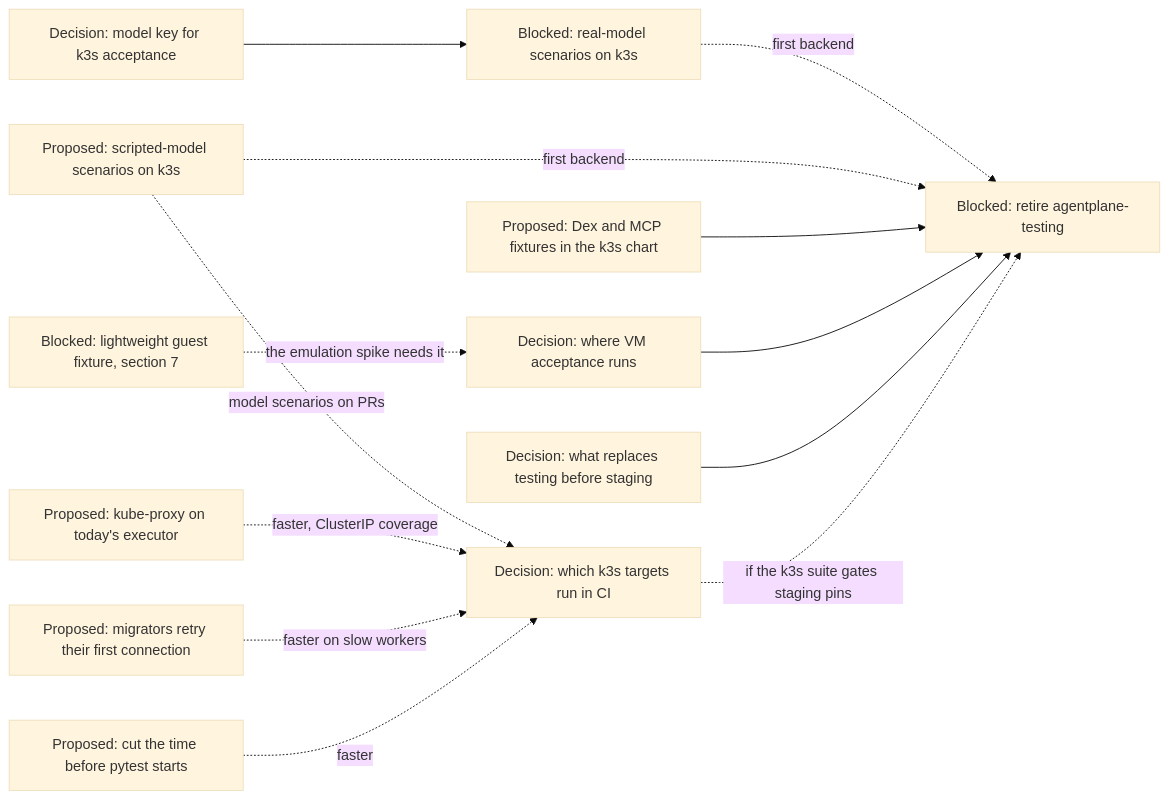
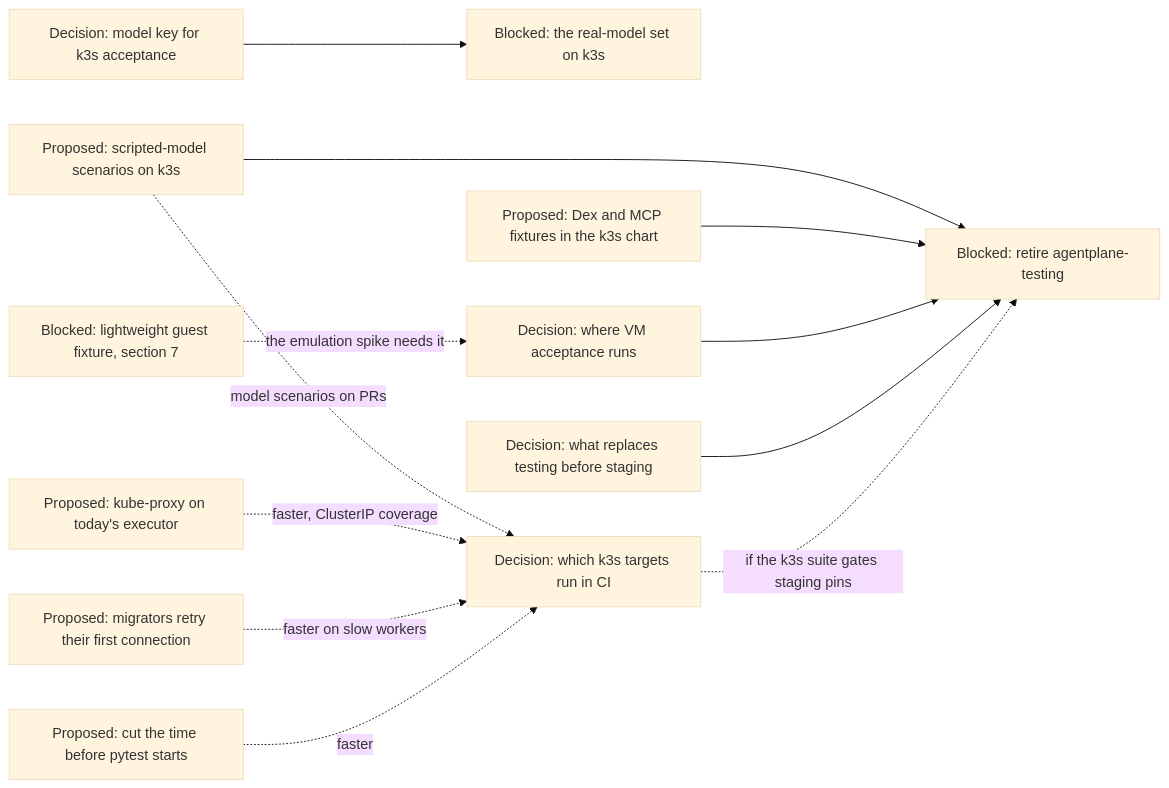
Diagram 17 of 17 in agentplane/plans/task_dag.md (agentydragon/ducktape), drawn with Mermaid (base theme) before and after one commit. The commit also changed other lines of this file and 1 other file, not shown here.

First line of the commit message:
agentplane(plans): real models only where model behavior is under test

````diff
--- a/agentplane/plans/task_dag.md
+++ b/agentplane/plans/task_dag.md
@@ -1977,27 +1977,26 @@
 ```mermaid
 flowchart LR
     K3S_MODEL_CREDENTIALS[Decision: model key for k3s acceptance]
-    K3S_MODEL_SCENARIOS[Blocked: real-model scenarios on k3s]
+    K3S_MODEL_SCENARIOS[Blocked: the real-model set on k3s]
     ACCEPTANCE_SCRIPTED_MODEL[Proposed: scripted-model scenarios on k3s]
     K3S_FIXTURE_IDENTITY[Proposed: Dex and MCP fixtures in the k3s chart]
     K3S_VM_ACCEPTANCE[Decision: where VM acceptance runs]
     K3S_VM_IMAGE[Blocked: lightweight guest fixture, section 7]
     TESTING_ROLLOUT_ROLE[Decision: what replaces testing before staging]
     TESTING_ENVIRONMENT_RETIRE[Blocked: retire agentplane-testing]
     K3S_KUBE_PROXY_RETEST[Proposed: kube-proxy on today's executor]
     K3S_MIGRATOR_CONNECT_RETRY[Proposed: migrators retry their first connection]
     K3S_TEST_STARTUP[Proposed: cut the time before pytest starts]
     K3S_CI_TIER[Decision: which k3s targets run in CI]
     K3S_MODEL_CREDENTIALS --> K3S_MODEL_SCENARIOS
-    K3S_MODEL_SCENARIOS -. first backend .-> TESTING_ENVIRONMENT_RETIRE
-    ACCEPTANCE_SCRIPTED_MODEL -. first backend .-> TESTING_ENVIRONMENT_RETIRE
+    ACCEPTANCE_SCRIPTED_MODEL --> TESTING_ENVIRONMENT_RETIRE
     K3S_VM_IMAGE -. the emulation spike needs it .-> K3S_VM_ACCEPTANCE
     K3S_FIXTURE_IDENTITY --> TESTING_ENVIRONMENT_RETIRE
     K3S_VM_ACCEPTANCE --> TESTING_ENVIRONMENT_RETIRE
     TESTING_ROLLOUT_ROLE --> TESTING_ENVIRONMENT_RETIRE
     K3S_CI_TIER -. if the k3s suite gates staging pins .-> TESTING_ENVIRONMENT_RETIRE
     ACCEPTANCE_SCRIPTED_MODEL -. model scenarios on PRs .-> K3S_CI_TIER
     K3S_KUBE_PROXY_RETEST -. faster, ClusterIP coverage .-> K3S_CI_TIER
     K3S_MIGRATOR_CONNECT_RETRY -. faster on slow workers .-> K3S_CI_TIER
     K3S_TEST_STARTUP -. faster .-> K3S_CI_TIER
 ```
````
